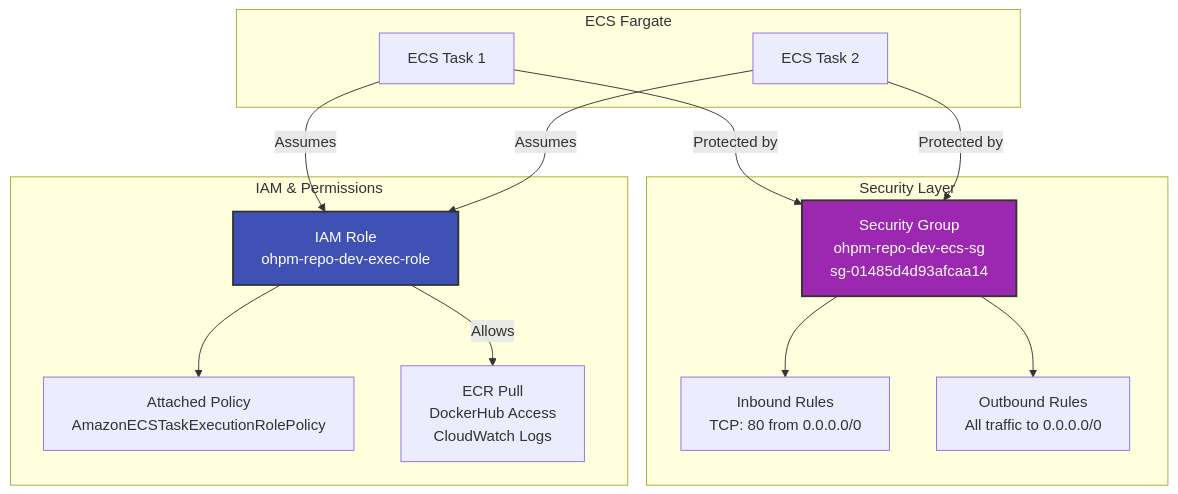
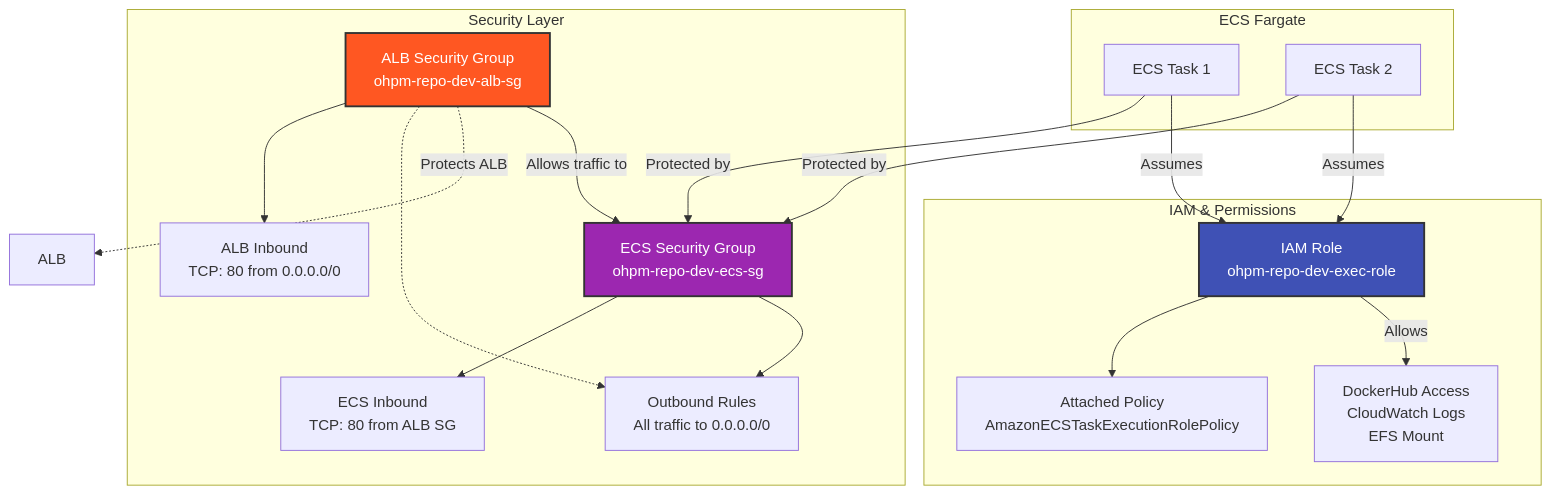
Before and after one commit to hogan-kang/ohpm-repo-deploy: the fourth of 6 diagrams in ARCHITECTURE.md, drawn with Mermaid. The commit also changed other lines of this file and 5 other files, not shown here.

Commit message:
Add OHPM repo Docker build with GitHub Actions

````diff
--- a/ARCHITECTURE.md
+++ b/ARCHITECTURE.md
@@ -149,38 +112,45 @@
 ```mermaid
 graph TB
     subgraph ECS[ECS Fargate]
         Task1[ECS Task 1]
         Task2[ECS Task 2]
     end
 
     subgraph Security[Security Layer]
-        SG[Security Group<br/>ohpm-repo-dev-ecs-sg<br/>sg-01485d4d93afcaa14]
+        ALBSG[ALB Security Group<br/>ohpm-repo-dev-alb-sg]
+        SG[ECS Security Group<br/>ohpm-repo-dev-ecs-sg]
 
-        Ingress[Inbound Rules<br/>TCP: 80 from 0.0.0.0/0]
+        ALBIngress[ALB Inbound<br/>TCP: 80 from 0.0.0.0/0]
+        ECSIngress[ECS Inbound<br/>TCP: 80 from ALB SG]
         Egress[Outbound Rules<br/>All traffic to 0.0.0.0/0]
 
-        SG --> Ingress
+        ALBSG --> ALBIngress
+        SG --> ECSIngress
         SG --> Egress
+        ALBSG -.-> Egress
     end
 
     subgraph IAM[IAM & Permissions]
         Role[IAM Role<br/>ohpm-repo-dev-exec-role]
 
         Policy[Attached Policy<br/>AmazonECSTaskExecutionRolePolicy]
 
         Role --> Policy
 
-        ECR[ECR Pull<br/>DockerHub Access<br/>CloudWatch Logs]
+        Permissions[DockerHub Access<br/>CloudWatch Logs<br/>EFS Mount]
     end
 
     Task1 -->|Protected by| SG
     Task2 -->|Protected by| SG
+    ALBSG -.->|Protects ALB| ALB
+    ALBSG -->|Allows traffic to| SG
 
     Task1 -->|Assumes| Role
     Task2 -->|Assumes| Role
 
-    Role -->|Allows| ECR
+    Role -->|Allows| Permissions
 
+    style ALBSG fill:#FF5722,stroke:#333,stroke-width:2px,color:#fff
     style SG fill:#9C27B0,stroke:#333,stroke-width:2px,color:#fff
     style Role fill:#3F51B5,stroke:#333,stroke-width:2px,color:#fff
 ```
````
